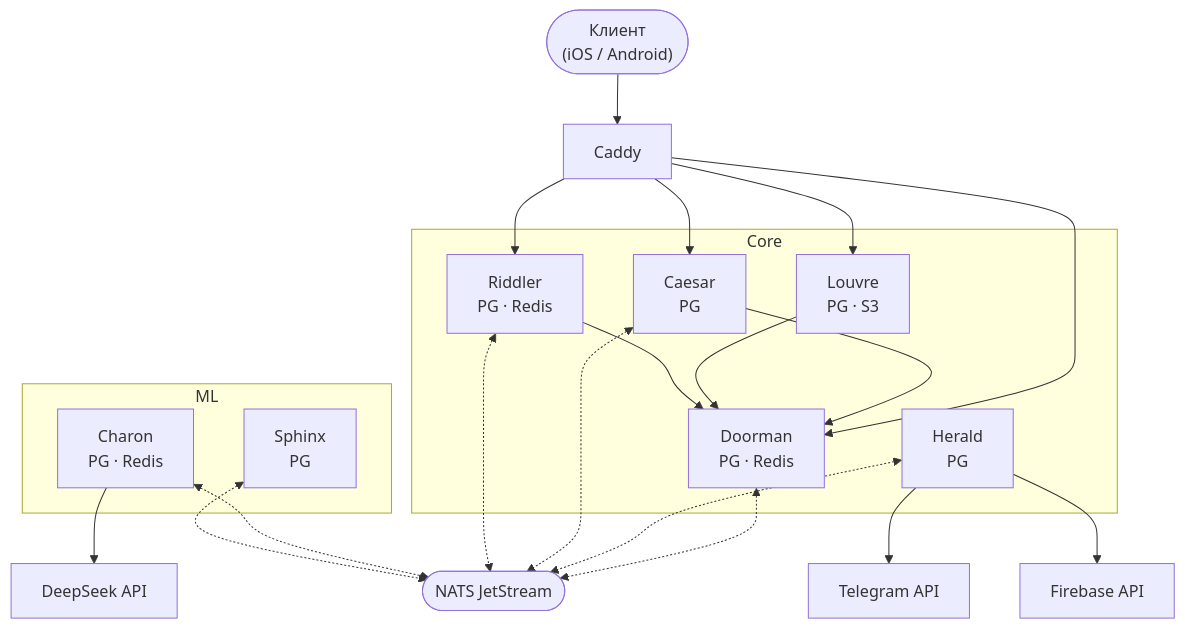
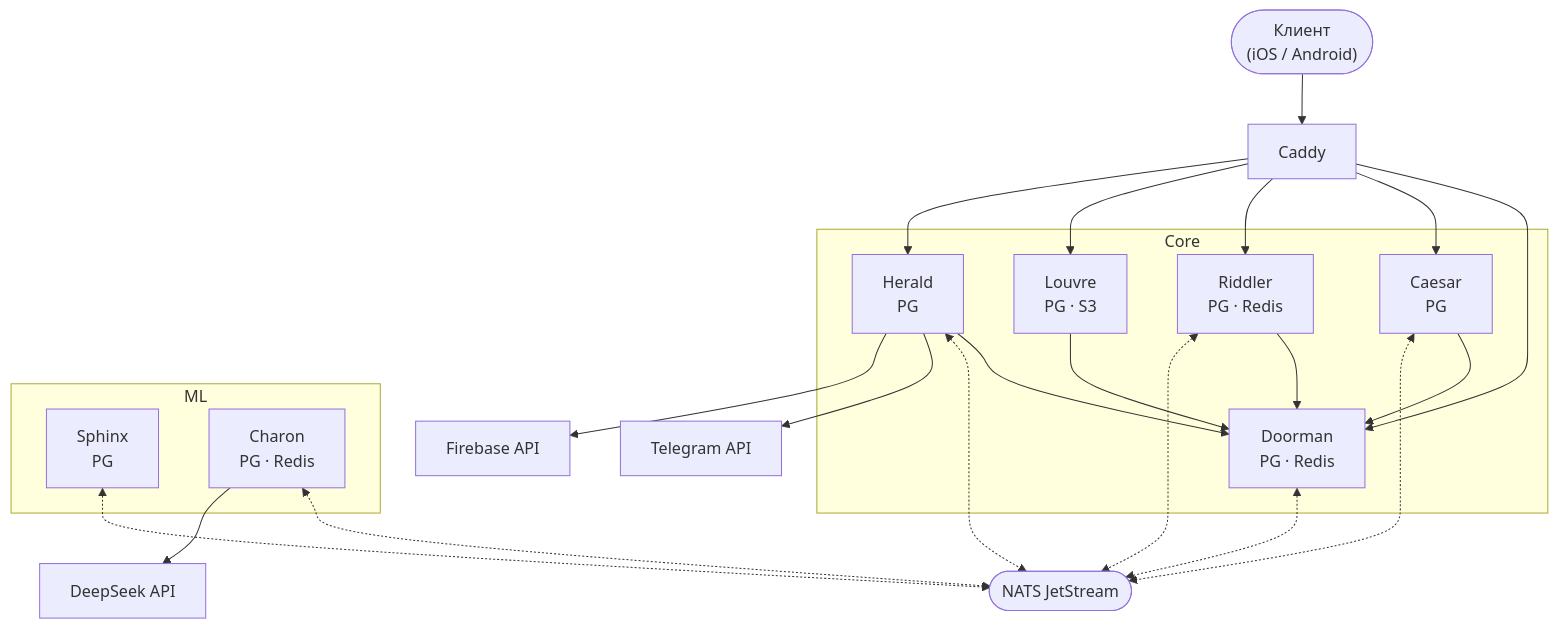
The diagram in README.md (OlympGuideTeam/edium-backend), drawn with Mermaid before and after one commit. The commit also changed 1 other file, not shown here.

````diff
--- a/README.md
+++ b/README.md
@@ -7,36 +7,36 @@
 ```mermaid
 flowchart TD
     Client(["Клиент\n(iOS / Android)"])
     NATS(["NATS JetStream"])
     TG["Telegram API"]
     DS["DeepSeek API"]
     Firebase["Firebase API"]
 
     Caddy["Caddy"]
 
     subgraph services ["Core"]
         Caesar["Caesar\nPG"]
         Riddler["Riddler\nPG · Redis"]
         Doorman["Doorman\nPG · Redis"]
         Herald["Herald\nPG"]
         Louvre["Louvre\nPG · S3"]
     end
 
     subgraph ml ["ML"]
         Sphinx["Sphinx\nPG"]
         Charon["Charon\nPG · Redis"]
     end
 
     
 
     Client --> Caddy
-    Caddy --> Doorman & Caesar & Riddler & Louvre
+    Caddy --> Doorman & Caesar & Riddler & Louvre & Herald
 
-    Caesar & Louvre & Riddler --> Doorman
+    Caesar & Louvre & Riddler & Herald --> Doorman
 
     Doorman & Herald & Caesar & Riddler & Charon & Sphinx <-.-> NATS
 
     Herald --> TG
     Charon --> DS
     Herald --> Firebase
 ```
````
